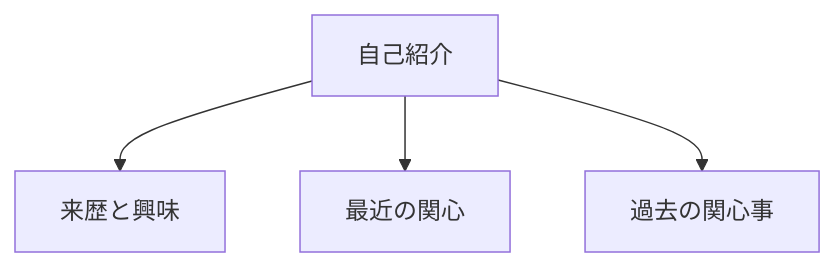
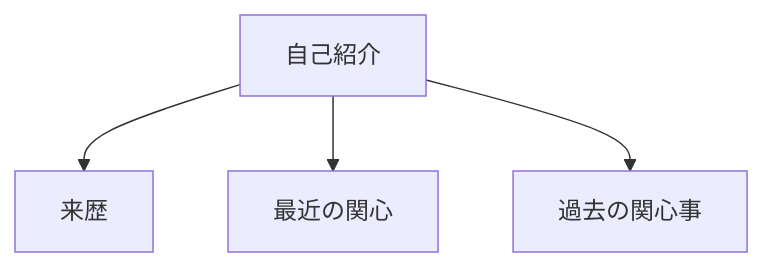
The first of 11 diagrams in README.md (SparklingDetergent/doc_genai_Proposal_for_introducing_generative_AI_with_emphasis_on_safety), drawn with Mermaid before and after one commit. The commit also changed other lines of this file, not shown here.

````diff
--- a/README.md
+++ b/README.md
@@ -35,6 +39,6 @@
 ```mermaid
 graph TD;
-    A[自己紹介] --> B[来歴と興味];
+    A[自己紹介] --> B[来歴];
     A --> C[最近の関心];
     A --> D[過去の関心事];
 ```
````
